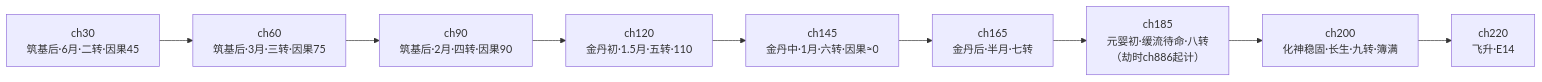
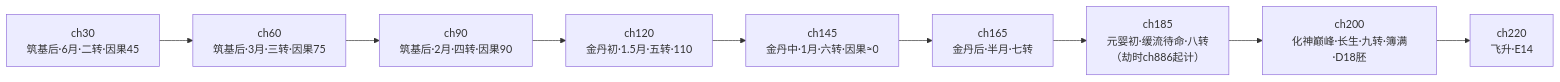
One commit to holyjing88/NovelProject changed diagram 11 of 12 in docs/还礼仙翁传/00-整体层次结构图.md. Above: the diagram before and after it, drawn with Mermaid. The commit also changed other lines of this file and 420 other files, not shown here.

````diff
--- a/docs/还礼仙翁传/00-整体层次结构图.md
+++ b/docs/还礼仙翁传/00-整体层次结构图.md
@@ -556,14 +557,14 @@
 ```mermaid
 flowchart LR
     V30["ch30<br/>筑基后·6月·二转·因果45"]
     V60["ch60<br/>筑基后·3月·三转·因果75"]
     V90["ch90<br/>筑基后·2月·四转·因果90"]
     V120["ch120<br/>金丹初·1.5月·五转·110"]
     V145["ch145<br/>金丹中·1月·六转·因果≈0"]
     V165["ch165<br/>金丹后·半月·七转"]
     V185["ch185<br/>元婴初·缓流待命·八转<br/>（劫时ch886起计）"]
-    V200["ch200<br/>化神稳固·长生·九转·簿满"]
+    V200["ch200<br/>化神巅峰·长生·九转·簿满·D18胚"]
     V220["ch220<br/>飞升·E14"]
 
     V30 --> V60 --> V90 --> V120 --> V145 --> V165 --> V185 --> V200 --> V220
 ```
````
